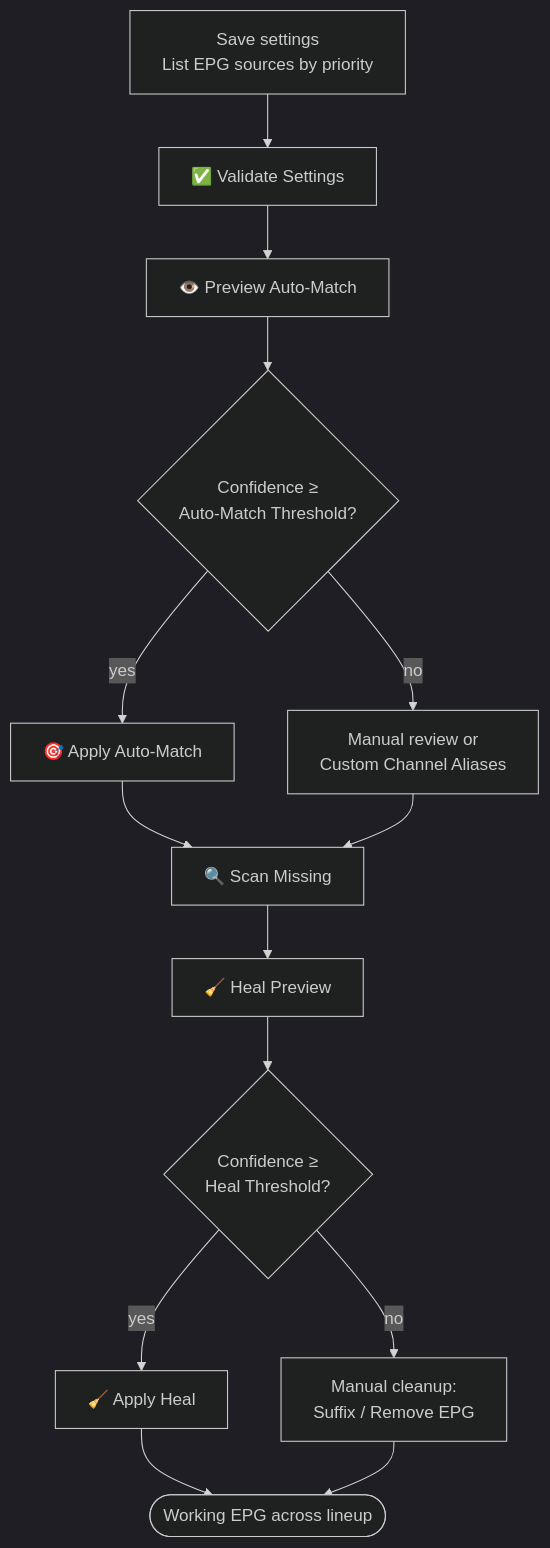
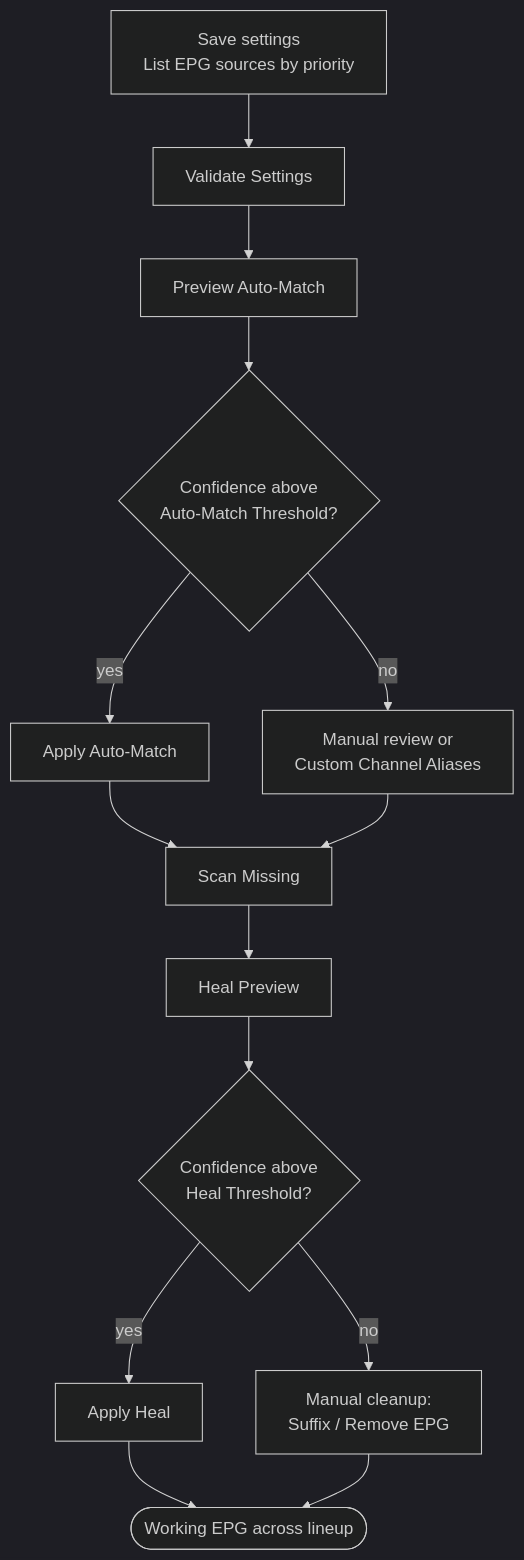
One commit to PiratesIRC/Dispatcharr-Plugin-Workflow changed the diagram in docs/workflow/04-epg-janitor.md. Above: the diagram before and after it, drawn with Mermaid (dark theme). The commit also changed other lines of this file and 7 other files, not shown here.

First line of the commit message:
Fix Mermaid rendering, sidebar nav, and add backup warnings + crontab.guru link

````diff
--- a/docs/workflow/04-epg-janitor.md
+++ b/docs/workflow/04-epg-janitor.md
@@ -13,16 +16,16 @@
 ```mermaid
 flowchart TD
-    A[Save settings<br/>List EPG sources by priority] --> B[✅ Validate Settings]
-    B --> C[👁️ Preview Auto-Match]
-    C --> D{Confidence ≥<br/>Auto-Match Threshold?}
-    D -->|yes| E[🎯 Apply Auto-Match]
-    D -->|no| F[Manual review or<br/>Custom Channel Aliases]
-    E --> G[🔍 Scan Missing]
+    A["Save settings<br/>List EPG sources by priority"] --> B["Validate Settings"]
+    B --> C["Preview Auto-Match"]
+    C --> D{"Confidence above<br/>Auto-Match Threshold?"}
+    D -->|yes| E["Apply Auto-Match"]
+    D -->|no| F["Manual review or<br/>Custom Channel Aliases"]
+    E --> G["Scan Missing"]
     F --> G
-    G --> H[🧹 Heal Preview]
-    H --> I{Confidence ≥<br/>Heal Threshold?}
-    I -->|yes| J[🧹 Apply Heal]
-    I -->|no| K[Manual cleanup:<br/>Suffix / Remove EPG]
-    J --> Z([Working EPG across lineup])
+    G --> H["Heal Preview"]
+    H --> I{"Confidence above<br/>Heal Threshold?"}
+    I -->|yes| J["Apply Heal"]
+    I -->|no| K["Manual cleanup:<br/>Suffix / Remove EPG"]
+    J --> Z(["Working EPG across lineup"])
     K --> Z
 ```
````
